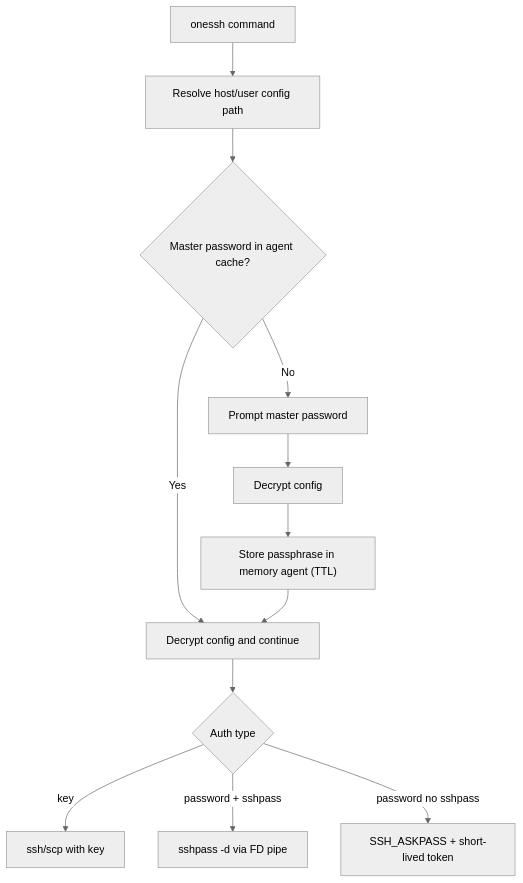
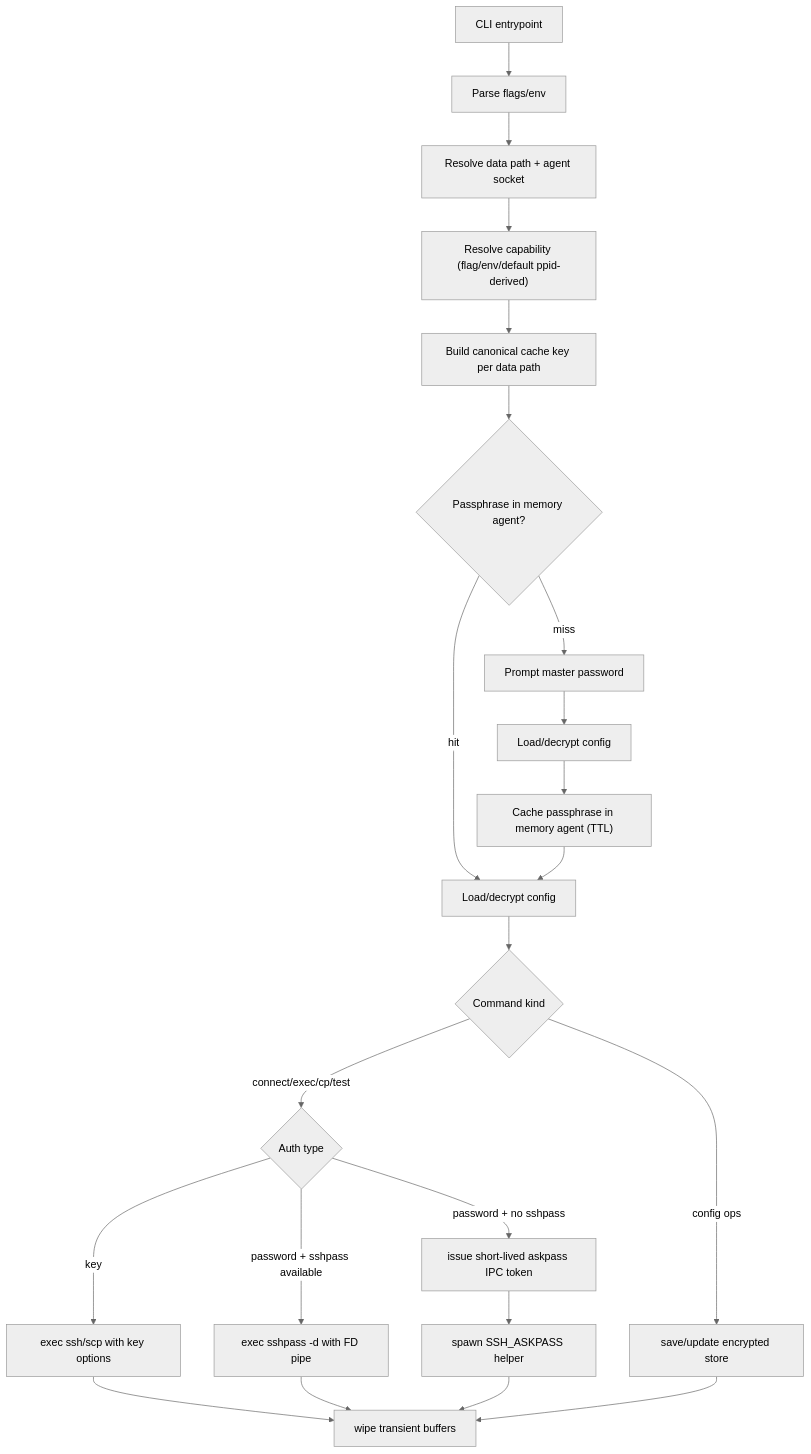
One commit to tiangong-dev/onessh changed the first of 4 diagrams in docs/security.md. Above: the diagram before and after it, drawn with Mermaid (neutral theme). The commit also changed other lines of this file and 2 other files, not shown here.

Commit message:
docs: switch workflow docs to internal runtime flow

````diff
--- a/docs/security.md
+++ b/docs/security.md
@@ -7,14 +7,24 @@
 ```mermaid
 flowchart TD
-  A["onessh command"] --> B["Resolve host/user config path"]
-  B --> C{"Master password in agent cache?"}
-  C -- "Yes" --> D["Decrypt config and continue"]
-  C -- "No" --> E["Prompt master password"]
-  E --> F["Decrypt config"]
-  F --> G["Store passphrase in memory agent (TTL)"]
-  G --> D
-  D --> H{"Auth type"}
-  H -- "key" --> I["ssh/scp with key"]
-  H -- "password + sshpass" --> J["sshpass -d via FD pipe"]
-  H -- "password no sshpass" --> K["SSH_ASKPASS + short-lived token"]
+  A["CLI entrypoint"] --> B["Parse flags/env"]
+  B --> C["Resolve data path + agent socket"]
+  C --> D["Resolve capability (flag/env/default ppid-derived)"]
+  D --> E["Build canonical cache key per data path"]
+  E --> F{"Passphrase in memory agent?"}
+  F -- "hit" --> G["Load/decrypt config"]
+  F -- "miss" --> H["Prompt master password"]
+  H --> I["Load/decrypt config"]
+  I --> J["Cache passphrase in memory agent (TTL)"]
+  J --> G
+  G --> K{"Command kind"}
+  K -- "connect/exec/cp/test" --> L{"Auth type"}
+  L -- "key" --> M["exec ssh/scp with key options"]
+  L -- "password + sshpass available" --> N["exec sshpass -d with FD pipe"]
+  L -- "password + no sshpass" --> O["issue short-lived askpass IPC token"]
+  O --> P["spawn SSH_ASKPASS helper"]
+  K -- "config ops" --> Q["save/update encrypted store"]
+  M --> R["wipe transient buffers"]
+  N --> R
+  P --> R
+  Q --> R
 ```
````
